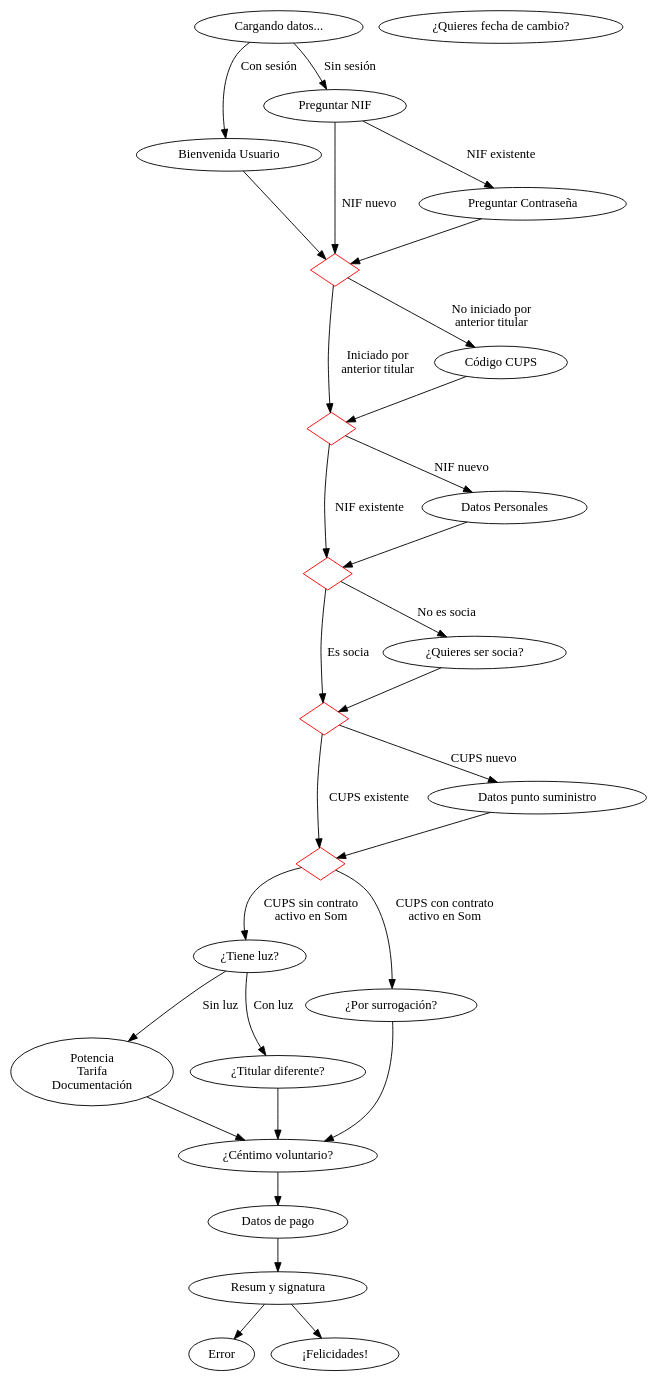
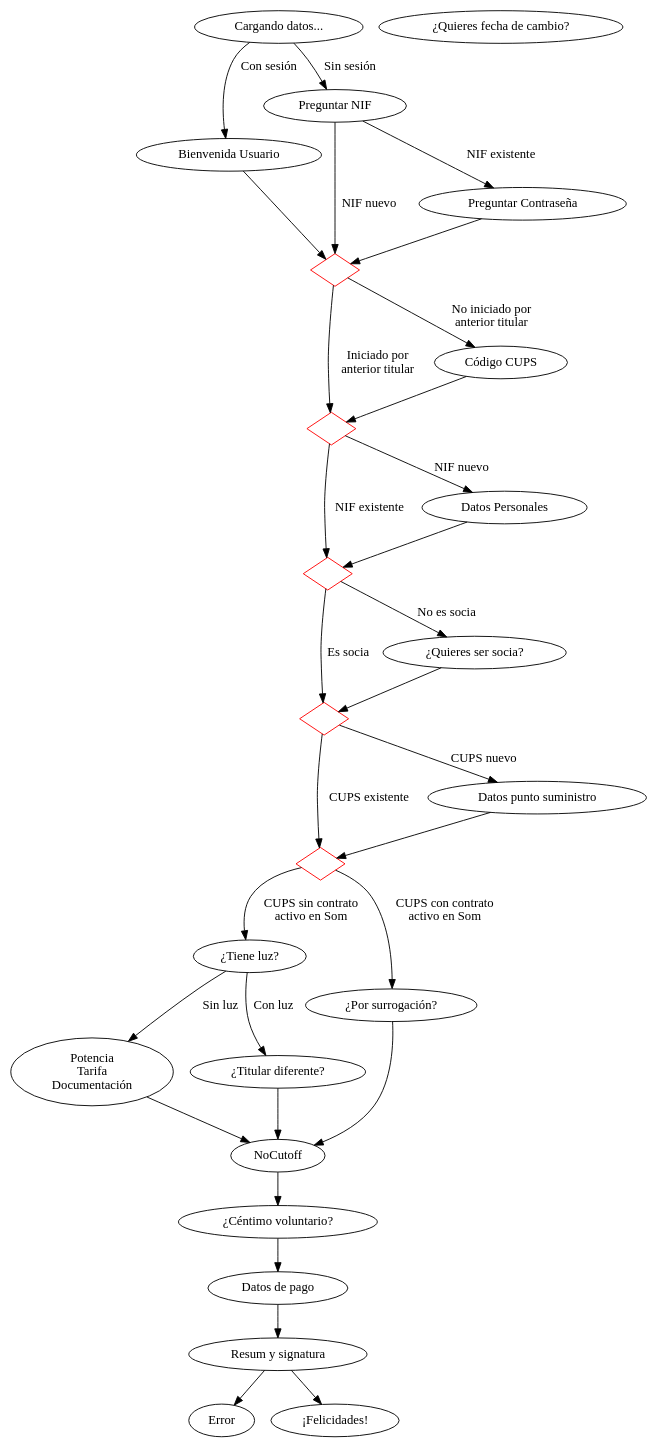
The diagram in docs/contract.dot (Som-Energia/webforms-mithril), drawn with Graphviz before and after one commit. The commit also changed 1 other file, not shown here.

Commit message:
added NoCutoff

```diff
--- a/docs/contract.dot
+++ b/docs/contract.dot
@@ -1,57 +1,57 @@
 digraph G {
     graph [layout=dot]
     
     UserIdentified [color=red, shape=diamond, label=""]
     CupsIdentified [color=red, shape=diamond, label=""]
     MembershipSolved [color=red, shape=diamond, label=""]
     CupsDataCompleted [color=red, shape=diamond, label=""]
     PersonalDataCompleted [color=red, shape=diamond, label=""]
 
 	Loading [label="Cargando datos..."]
 	WelcomeUser [label="Bienvenida Usuario"]
 	Nif [label="Preguntar NIF"]
 	Password [label="Preguntar Contraseña"]
 	PersonalData [label="Datos Personales"]
 	CupsCode [label="Código CUPS"]
 	BecomeMember [label="¿Quieres ser socia?"]
 	CupsData [label="Datos punto suministro"]
 	HasSupply [label="¿Tiene luz?"]
 	Technical [label="Potencia\nTarifa\nDocumentación"]
 	NewHolder [label="¿Titular diferente?"]
 	Surrogation [label="¿Por surrogación?"]
 	SwitchDate [label="¿Quieres fecha de cambio?"]
 	VoluntaryCent [label="¿Céntimo voluntario?"]
 	Payment [label="Datos de pago"]
 	Summary [label="Resum y signatura"]
 	Error [label="Error"]
 	Success [label="¡Felicidades!"]
 
    
     Loading -> WelcomeUser [id="hasSession" label="Con sesión"]
     Loading -> Nif [id="noSession" label="Sin sesión"]
     Nif -> Password [id="existingVat" label="NIF existente"]
     Nif -> UserIdentified [id="newVat" label="NIF nuevo"]
     WelcomeUser -> UserIdentified
     Password -> UserIdentified
     UserIdentified -> CupsCode [id="noStartedByOldHolder" label="No iniciado por\nanterior titular"]
     CupsCode -> CupsIdentified
     UserIdentified -> CupsIdentified [id="startedByOldHolder" label="Iniciado por\nanterior titular"]
     CupsIdentified -> PersonalData [id="newVat2" label="NIF nuevo"]
     CupsIdentified -> PersonalDataCompleted [id="existingVat" label="NIF existente"]
     PersonalData -> PersonalDataCompleted
     PersonalDataCompleted -> BecomeMember [id="notMember" label="No es socia"]
     PersonalDataCompleted -> MembershipSolved [id="isMember" label="Es socia"]
     BecomeMember -> MembershipSolved
     MembershipSolved -> CupsData [id="newCups" label="CUPS nuevo"]
     MembershipSolved -> CupsDataCompleted [id="existingCups" label="CUPS existente"]
     CupsData -> CupsDataCompleted
     CupsDataCompleted -> HasSupply [id="noActiveCups" label="CUPS sin contrato\nactivo en Som"]
     CupsDataCompleted -> Surrogation [id="isActiveCups" label="CUPS con contrato\nactivo en Som"]
     HasSupply -> Technical [id=noSupply label="Sin luz"]
-    Technical -> VoluntaryCent
+    Technical -> NoCutoff
     HasSupply -> NewHolder [id=hasSupply label="Con luz"]
-    NewHolder -> VoluntaryCent
-    Surrogation -> VoluntaryCent -> Payment -> Summary 
+    NewHolder -> NoCutoff
+    Surrogation -> NoCutoff -> VoluntaryCent -> Payment -> Summary 
     Summary ->  Error
     Summary -> Success
 } 
```
